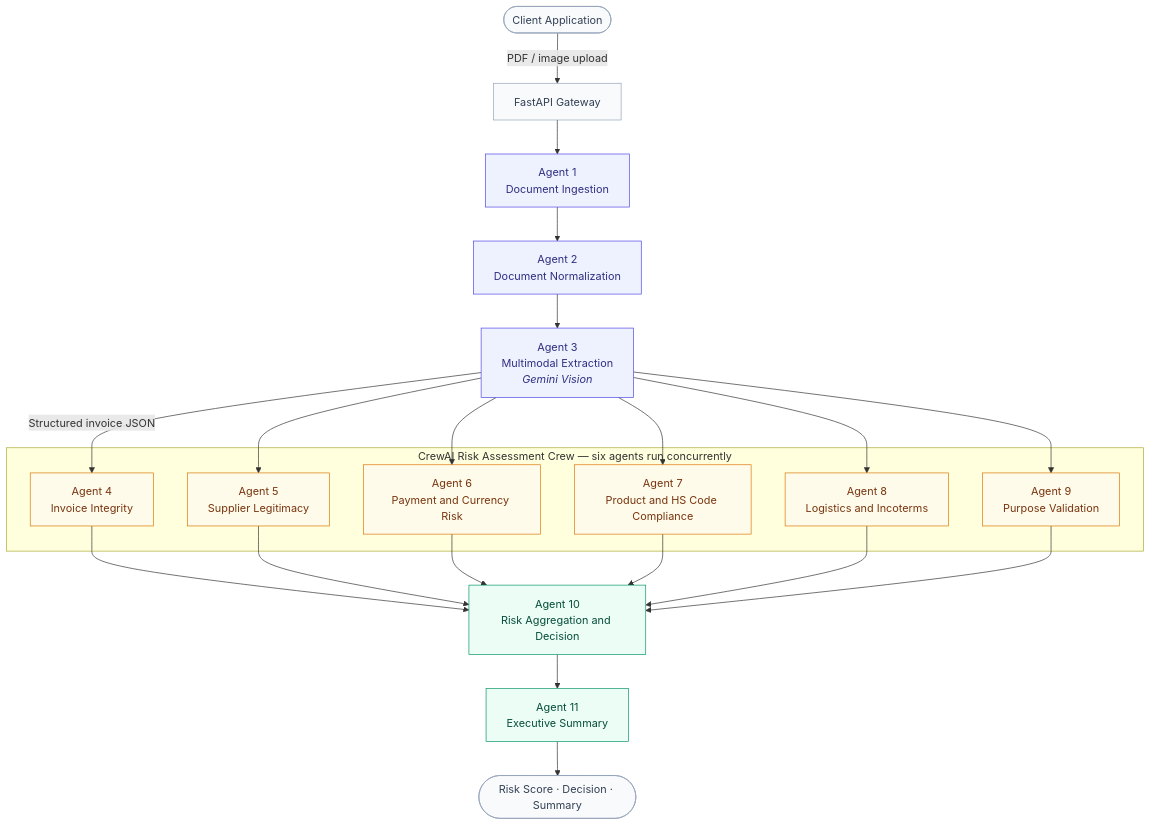
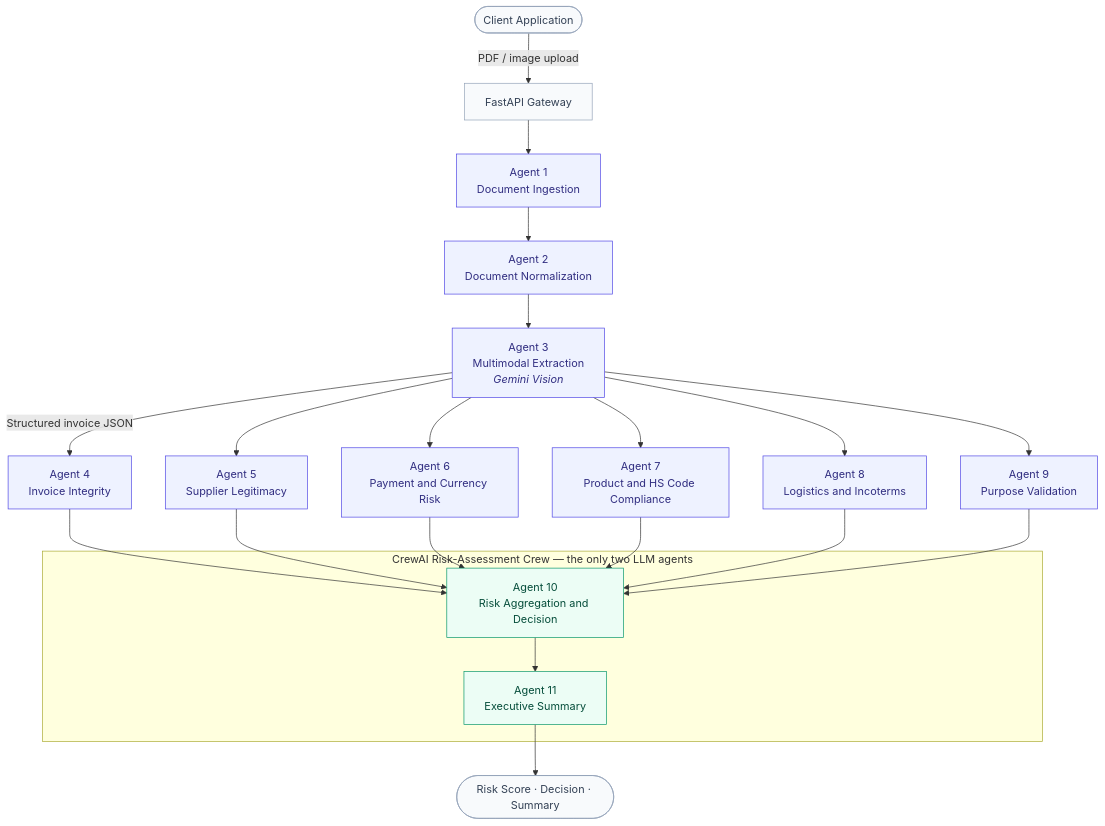
The diagram in README.md (kemesay/AI-Agent), drawn with Mermaid before and after one commit. The commit also changed other lines of this file and 2 other files, not shown here.

Commit message:
docs: update architecture diagrams for the deterministic agents 4-9 pipeline
The diagrams and framework description still showed agents 4-9 as
CrewAI/LLM agents running concurrently, which no longer matches the
implementation now that they run as direct Python calls.

````diff
--- a/README.md
+++ b/README.md
@@ -38,44 +40,38 @@
 ```mermaid
 flowchart TD
     Client(["Client Application"]) -->|"PDF / image upload"| API["FastAPI Gateway"]
 
     API --> A1["Agent 1<br/>Document Ingestion"]
     A1 --> A2["Agent 2<br/>Document Normalization"]
     A2 --> A3["Agent 3<br/>Multimodal Extraction<br/><i>Gemini Vision</i>"]
 
-    A3 -->|"Structured invoice JSON"| A4
-    A3 --> A5
-    A3 --> A6
-    A3 --> A7
-    A3 --> A8
-    A3 --> A9
+    A3 -->|"Structured invoice JSON"| A4["Agent 4<br/>Invoice Integrity"]
+    A3 --> A5["Agent 5<br/>Supplier Legitimacy"]
+    A3 --> A6["Agent 6<br/>Payment and Currency Risk"]
+    A3 --> A7["Agent 7<br/>Product and HS Code Compliance"]
+    A3 --> A8["Agent 8<br/>Logistics and Incoterms"]
+    A3 --> A9["Agent 9<br/>Purpose Validation"]
 
-    subgraph Crew ["CrewAI Risk Assessment Crew — six agents run concurrently"]
-        A4["Agent 4<br/>Invoice Integrity"]
-        A5["Agent 5<br/>Supplier Legitimacy"]
-        A6["Agent 6<br/>Payment and Currency Risk"]
-        A7["Agent 7<br/>Product and HS Code Compliance"]
-        A8["Agent 8<br/>Logistics and Incoterms"]
-        A9["Agent 9<br/>Purpose Validation"]
-    end
-
-    A4 --> A10["Agent 10<br/>Risk Aggregation and Decision"]
+    A4 --> A10
     A5 --> A10
     A6 --> A10
     A7 --> A10
     A8 --> A10
     A9 --> A10
 
-    A10 --> A11["Agent 11<br/>Executive Summary"]
+    subgraph Crew ["CrewAI Risk-Assessment Crew — the only two LLM agents"]
+        A10["Agent 10<br/>Risk Aggregation and Decision"]
+        A11["Agent 11<br/>Executive Summary"]
+    end
+
+    A10 --> A11
     A11 --> Response(["Risk Score · Decision · Summary"])
 
     classDef pipeline fill:#eef2ff,stroke:#4f46e5,stroke-width:1px,color:#312e81
-    classDef risk fill:#fffbeb,stroke:#d97706,stroke-width:1px,color:#78350f
     classDef decision fill:#ecfdf5,stroke:#059669,stroke-width:1px,color:#064e3b
     classDef boundary fill:#f8fafc,stroke:#94a3b8,stroke-width:1px,color:#334155
 
-    class A1,A2,A3 pipeline
-    class A4,A5,A6,A7,A8,A9 risk
+    class A1,A2,A3,A4,A5,A6,A7,A8,A9 pipeline
     class A10,A11 decision
     class Client,API,Response boundary
 ```
````
